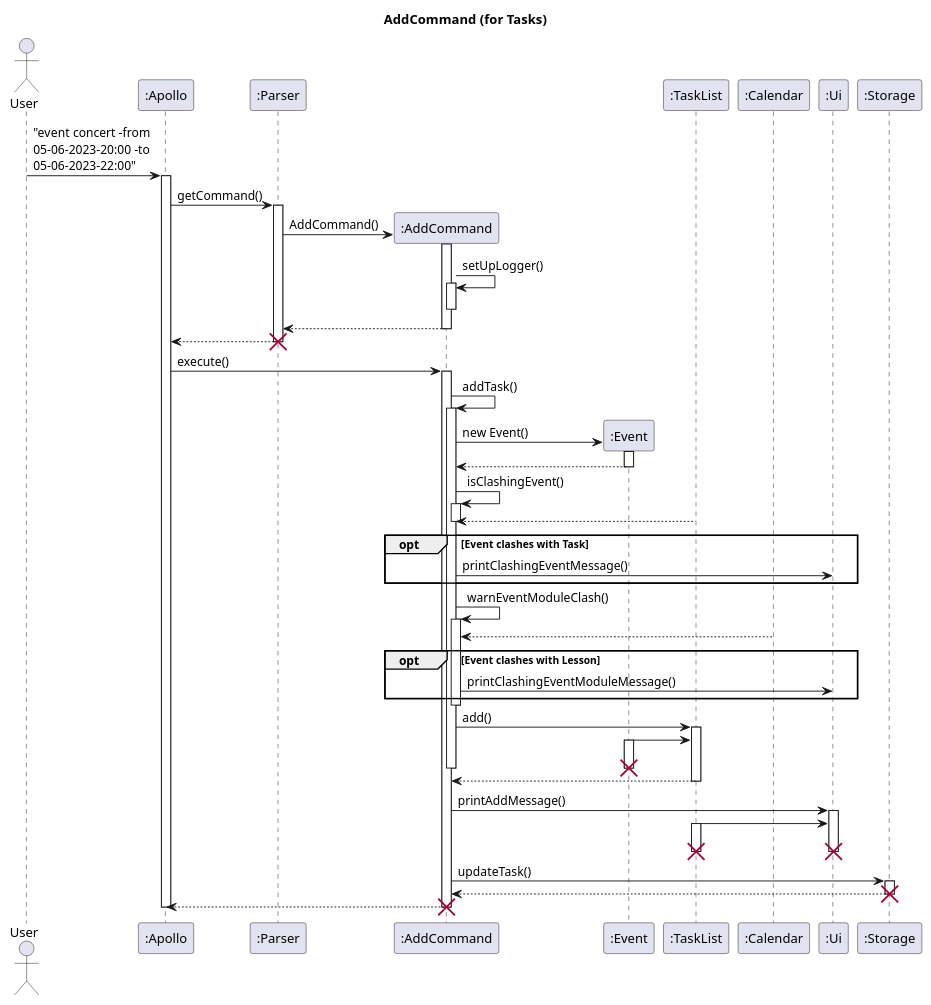
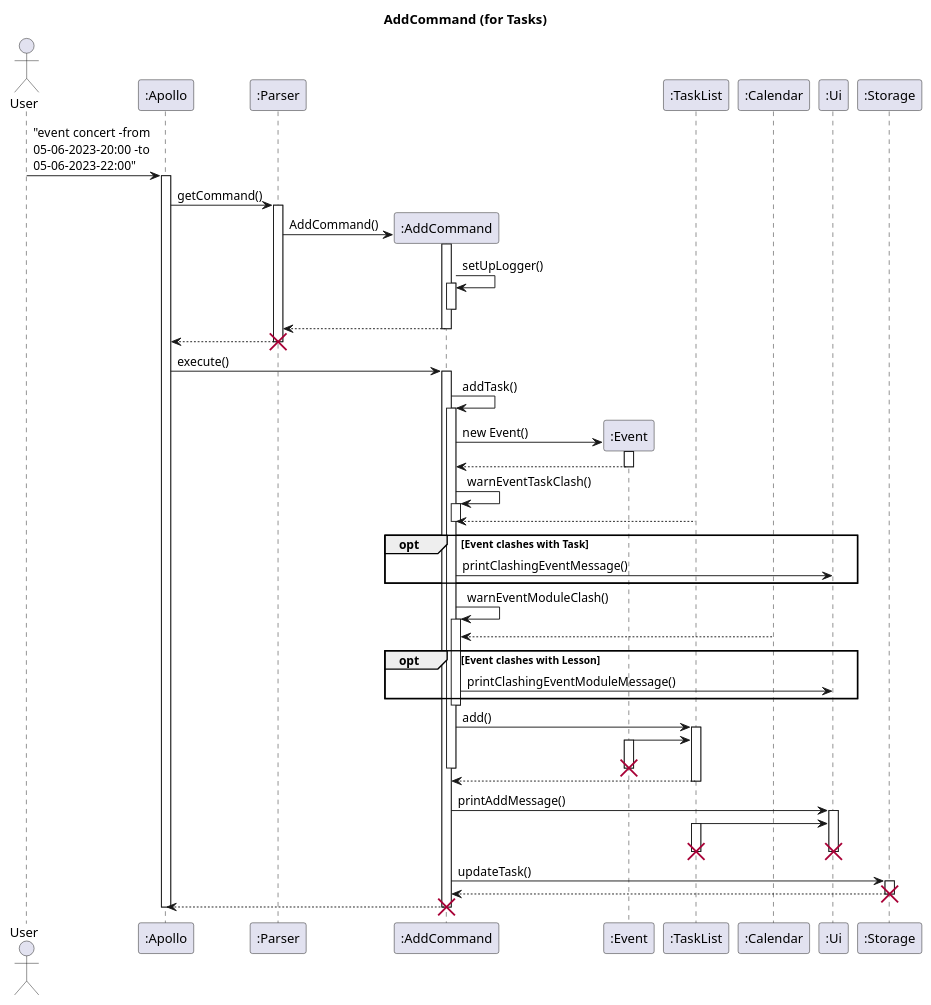
The diagram in docs/uml-source/sequence/AddCommand.puml (nus-cs2113-AY2223S2/tp), drawn with PlantUML before and after one commit. The commit also changed 1 other file, not shown here.

Commit message:
Update AddCommand diagram

```diff
--- a/docs/uml-source/sequence/AddCommand.puml
+++ b/docs/uml-source/sequence/AddCommand.puml
@@ -1,67 +1,67 @@
 @startuml
 'https://plantuml.com/sequence-diagram
 
 skinparam maxMessageSize 150
 
 title AddCommand (for Tasks)
 
 actor User
 participant ":Apollo" as Apollo
 participant ":Parser" as Parser
 participant ":AddCommand" as add
 participant ":Event" as Event
 participant ":TaskList" as TaskList
 participant ":Calendar" as Calendar
 participant ":Ui" as Ui
 participant ":Storage" as Storage
 
 User -> Apollo : "event concert -from 05-06-2023-20:00 -to 05-06-2023-22:00"
 activate Apollo
 Apollo -> Parser : getCommand()
 activate Parser
 Parser -> add** : AddCommand()
 add++
 add -> add ++ : setUpLogger()
 add--
 return
 return
 destroy Parser
 
 Apollo -> add : execute()
 activate add
 add -> add++ : addTask()
 add -> Event** : new Event()
 Event++
 return
-add -> add++ : isClashingEvent()
+add -> add++ : warnEventTaskClash()
 TaskList --> add
 add--
 opt Event clashes with Task
 add -> Ui : printClashingEventMessage()
 end
 add -> add++ : warnEventModuleClash()
 Calendar --> add
 opt Event clashes with Lesson
 add -> Ui : printClashingEventModuleMessage()
 end
 add--
 add -> TaskList++ : add()
 Event -> TaskList
 Event++
 destroy Event
 add--
 add <-- TaskList--
 
 
 add -> Ui++ : printAddMessage()
 TaskList -> Ui
 TaskList++
 destroy TaskList
 destroy Ui
 add -> Storage ++ : updateTask()
 return
 destroy Storage
 add --> Apollo
 destroy add
 Apollo--
 @enduml
```
